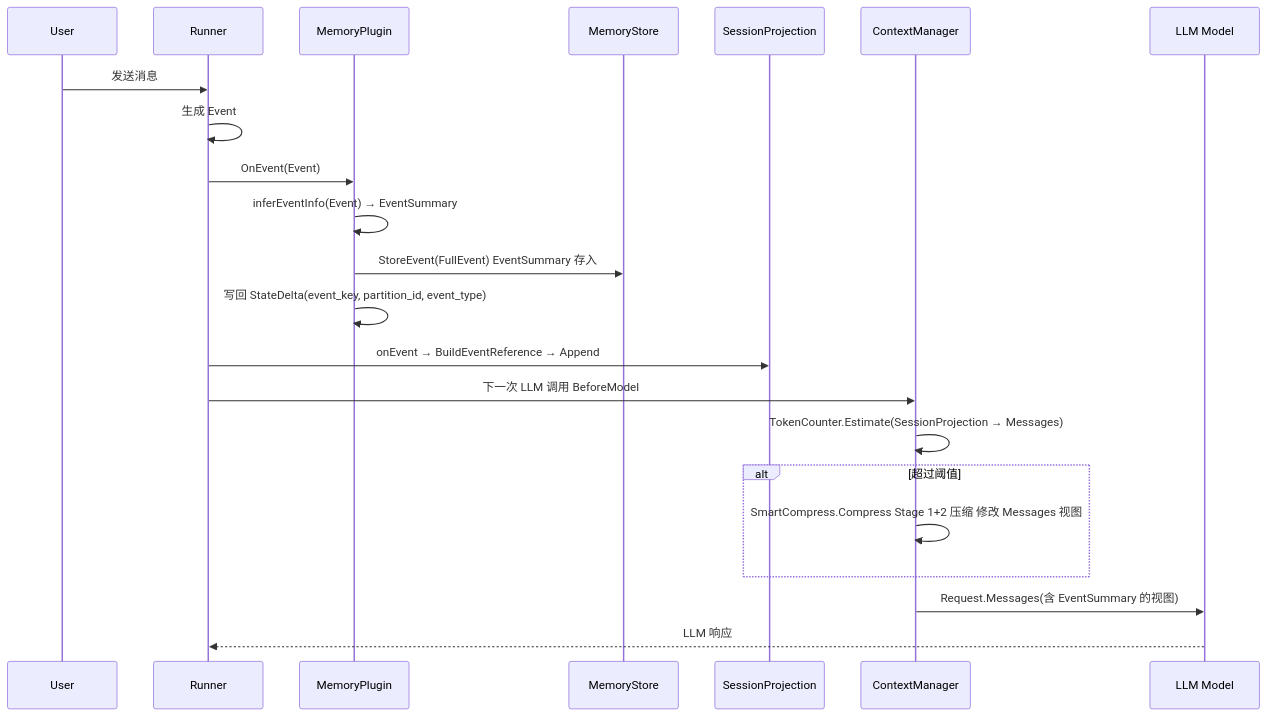
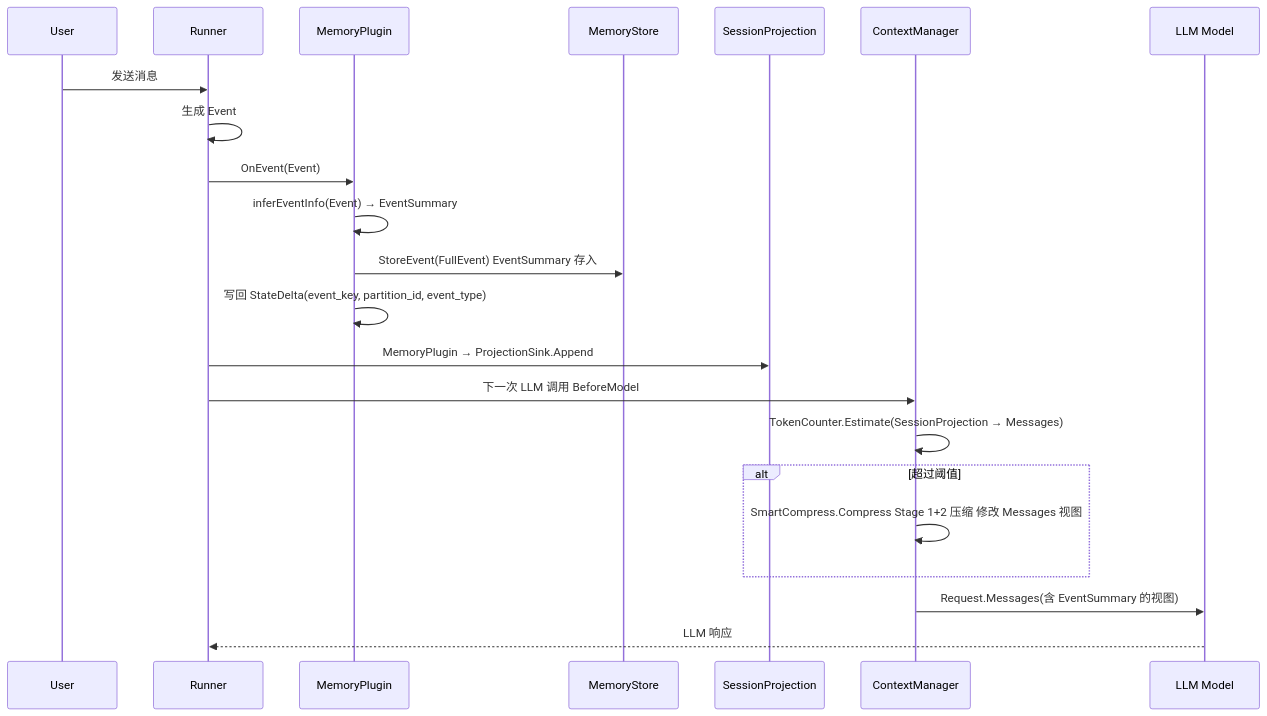
Before and after one commit to SpellingDragon/tagent: the third of 9 diagrams in docs/wiki/plugin/plugin-architecture.md, drawn with Mermaid. The commit also changed other lines of this file and 5 other files, not shown here.

Commit message:
docs(wiki): reflect unified event projection (native rendering, sink, hex keys)

````diff
--- a/docs/wiki/plugin/plugin-architecture.md
+++ b/docs/wiki/plugin/plugin-architecture.md
@@ -661,27 +643,27 @@
 ```mermaid
 sequenceDiagram
     participant U as User
     participant R as Runner
     participant MP as MemoryPlugin
     participant MSS as MemoryStore
     participant SP as SessionProjection
     participant CM as ContextManager
     participant LLM as LLM Model
 
     U->>R: 发送消息
     R->>R: 生成 Event
     R->>MP: OnEvent(Event)
     MP->>MP: inferEventInfo(Event) → EventSummary
     MP->>MSS: StoreEvent(FullEvent) EventSummary 存入
     MP->>MP: 写回 StateDelta(event_key, partition_id, event_type)
 
-    R->>SP: onEvent → BuildEventReference → Append
+    R->>SP: MemoryPlugin → ProjectionSink.Append
 
     R->>CM: 下一次 LLM 调用 BeforeModel
     CM->>CM: TokenCounter.Estimate(SessionProjection → Messages)
     alt 超过阈值
         CM->>CM: SmartCompress.Compress Stage 1+2 压缩 修改 Messages 视图
     end
     CM->>LLM: Request.Messages(含 EventSummary 的视图)
     LLM-->>R: LLM 响应
 ```
````
